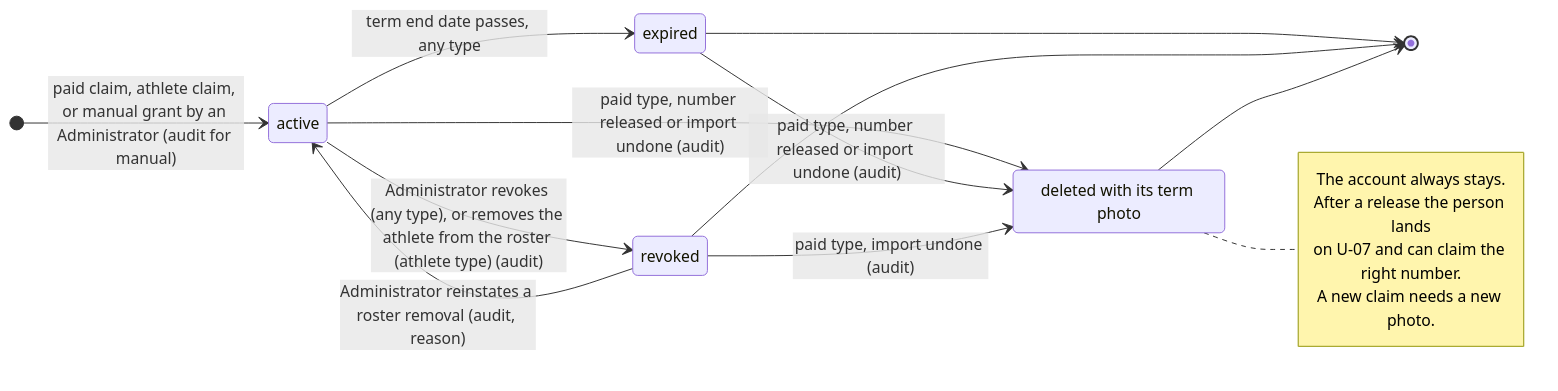
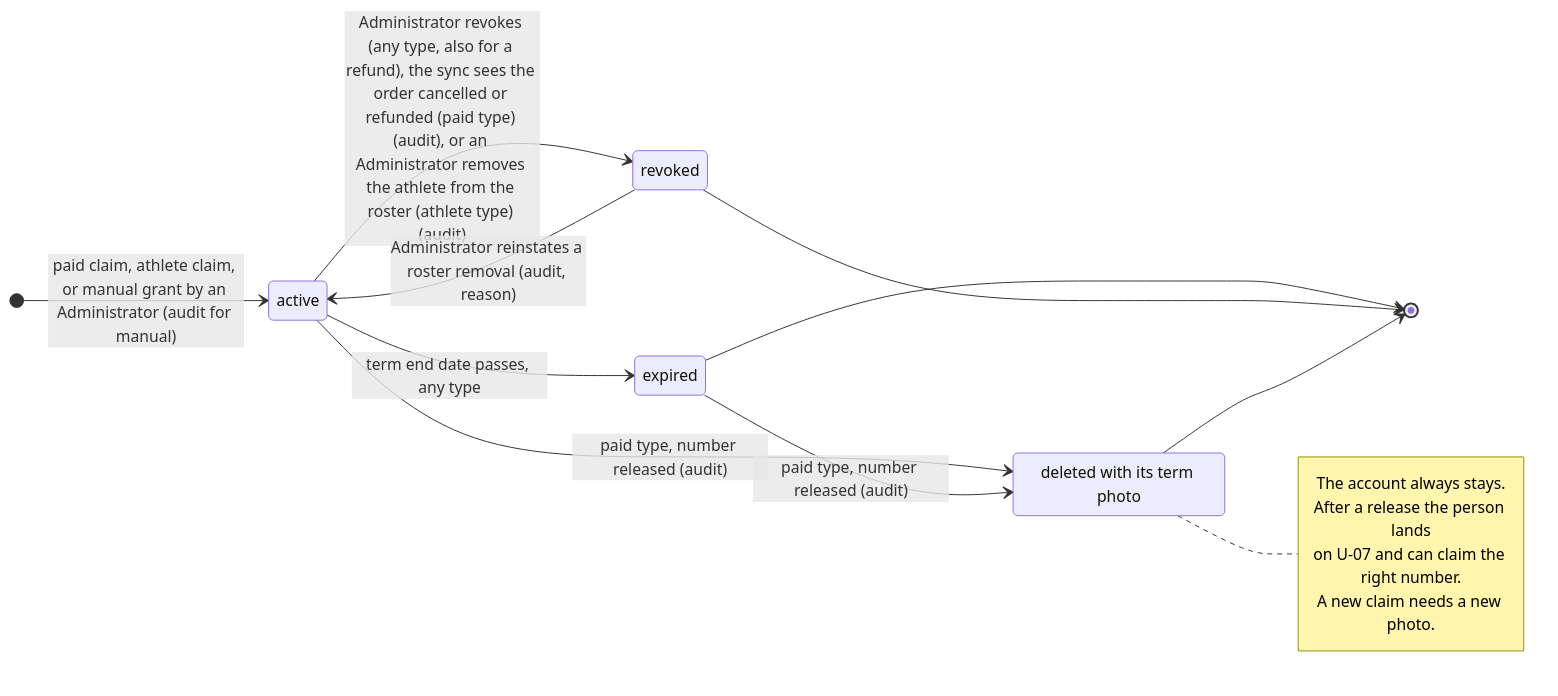
Before and after one commit to Th3-Minorities/natatorio-gym-app: the eighth of 8 diagrams in docs/design/registration-flows.md, drawn with Mermaid. The commit also changed other lines of this file and 8 other files, not shown here.

Commit message:
Update the SRS and design docs for personal staff accounts, check-out, one roster, store sync and the other meeting decisions

````diff
--- a/docs/design/registration-flows.md
+++ b/docs/design/registration-flows.md
@@ -279,21 +263,20 @@
 ```mermaid
 stateDiagram-v2
   direction LR
   state "deleted with its term photo" as deleted
   [*] --> active : paid claim, athlete claim, or manual grant by an Administrator (audit for manual)
   active --> expired : term end date passes, any type
-  active --> revoked : Administrator revokes (any type), or removes the athlete from the roster (athlete type) (audit)
+  active --> revoked : Administrator revokes (any type, also for a refund), the sync sees the order cancelled or refunded (paid type) (audit), or an Administrator removes the athlete from the roster (athlete type) (audit)
   revoked --> active : Administrator reinstates a roster removal (audit, reason)
-  active --> deleted : paid type, number released or import undone (audit)
-  expired --> deleted : paid type, number released or import undone (audit)
-  revoked --> deleted : paid type, import undone (audit)
+  active --> deleted : paid type, number released (audit)
+  expired --> deleted : paid type, number released (audit)
   expired --> [*]
   revoked --> [*]
   deleted --> [*]
   note right of deleted
     The account always stays.
     After a release the person lands
     on U-07 and can claim the right number.
     A new claim needs a new photo.
   end note
 ```
````
